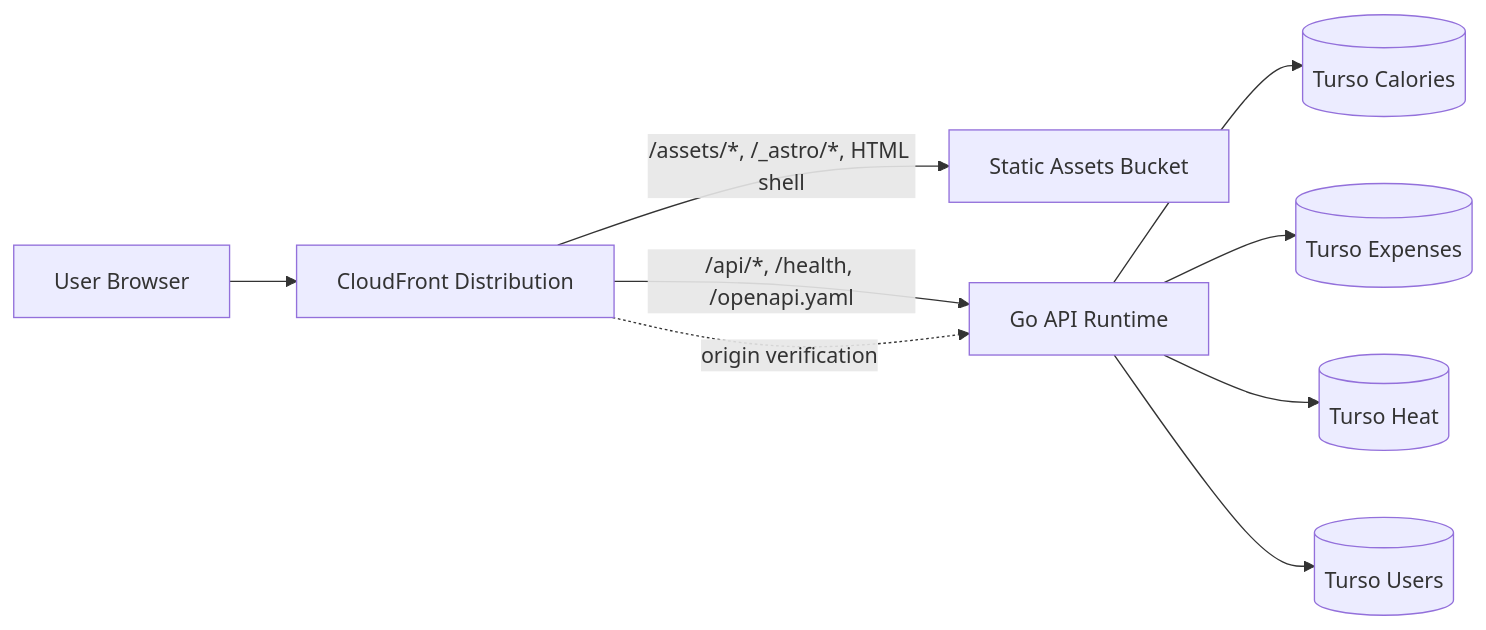
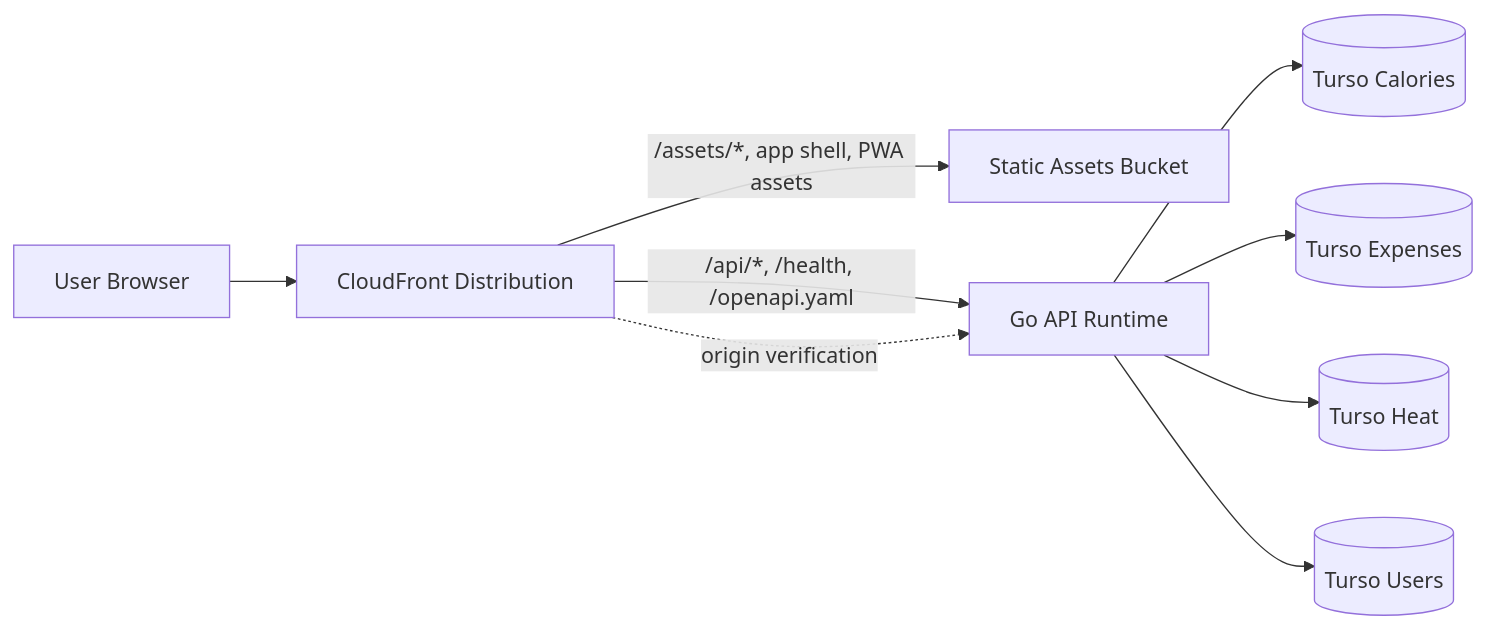
One commit to Hughzu/trackstack changed the diagram in docs/ARCHITECTURE.md. Above: the diagram before and after it, drawn with Mermaid. The commit also changed other lines of this file and 14 other files, not shown here.

````diff
--- a/docs/ARCHITECTURE.md
+++ b/docs/ARCHITECTURE.md
@@ -9,12 +9,12 @@
 ```mermaid
 flowchart LR
   U[User Browser] --> CF[CloudFront Distribution]
-  CF -->|/assets/*, /_astro/*, HTML shell| S3[Static Assets Bucket]
+  CF -->|/assets/*, app shell, PWA assets| S3[Static Assets Bucket]
   CF -->|/api/*, /health, /openapi.yaml| API[Go API Runtime]
   API --> CAL[(Turso Calories)]
   API --> EXP[(Turso Expenses)]
   API --> HEAT[(Turso Heat)]
   API --> USERS[(Turso Users)]
 
   CF -. origin verification .-> API
 ```
````
